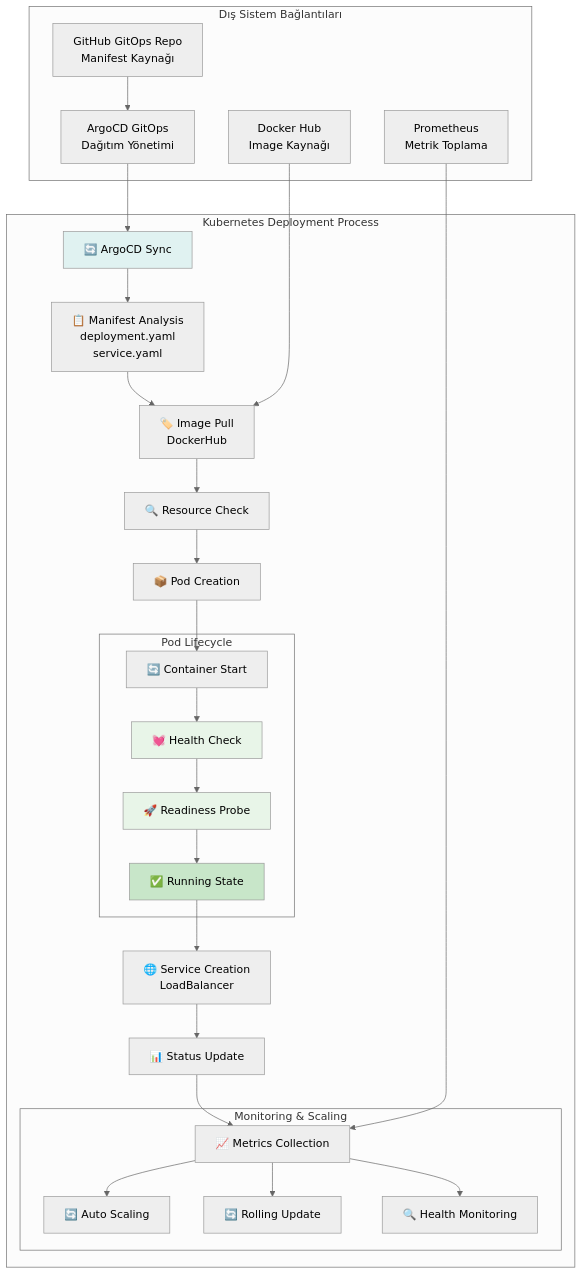
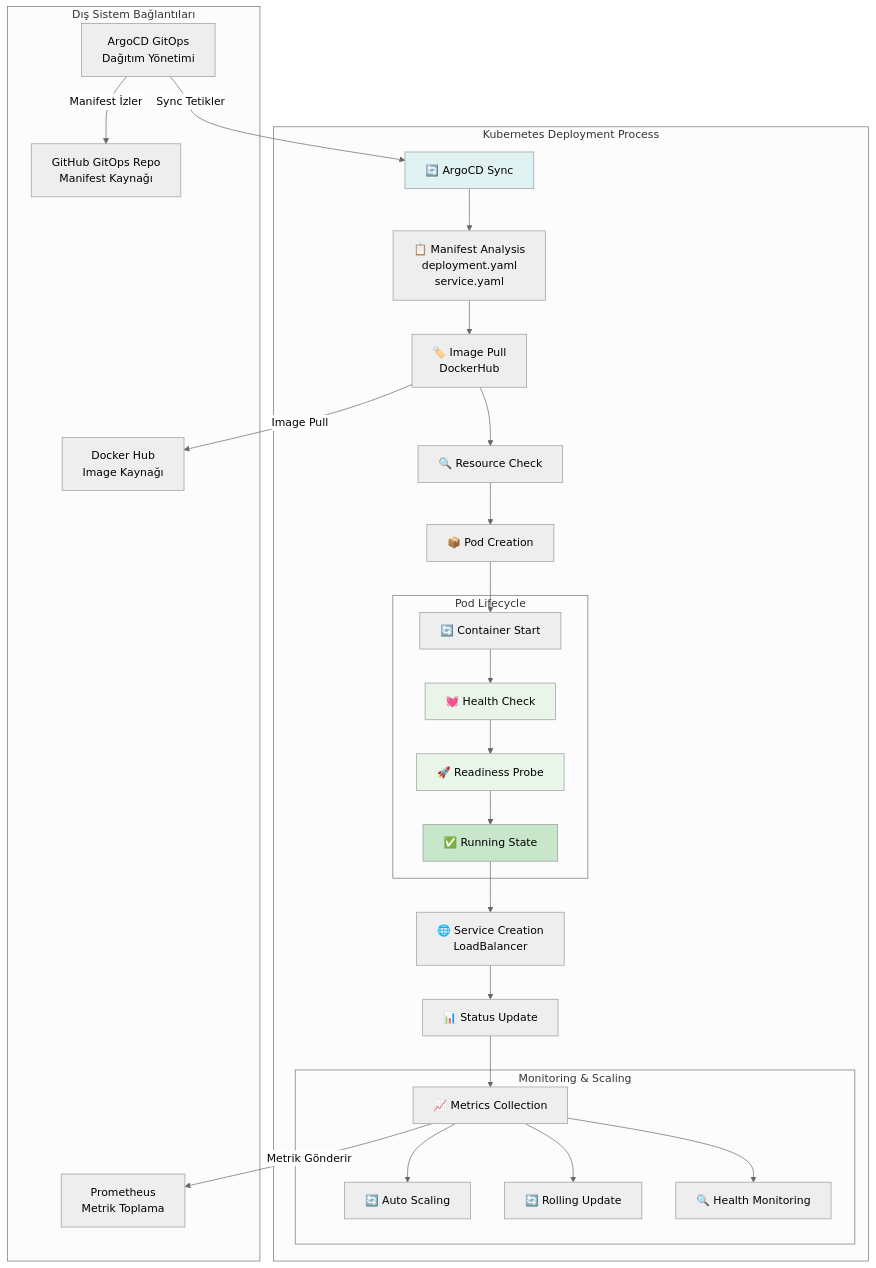
One commit to onurglr/aws-pipeline changed the third of 9 diagrams in detailed-devops-diagrams.md. Above: the diagram before and after it, drawn with Mermaid (neutral theme). The commit also changed other lines of this file, not shown here.

````diff
--- a/detailed-devops-diagrams.md
+++ b/detailed-devops-diagrams.md
@@ -82,48 +82,48 @@
 ```mermaid
 graph TB
     subgraph "Kubernetes Deployment Process"
         A[🔄 ArgoCD Sync] --> B[📋 Manifest Analysis<br/>deployment.yaml<br/>service.yaml]
         B --> C[🏷️ Image Pull<br/>DockerHub]
         C --> D[🔍 Resource Check]
         D --> E[📦 Pod Creation]
         
         subgraph "Pod Lifecycle"
             E1[🔄 Container Start]
             E2[💓 Health Check]
             E3[🚀 Readiness Probe]
             E4[✅ Running State]
         end
         
         E --> E1
         E1 --> E2
         E2 --> E3
         E3 --> E4
         
         E4 --> F[🌐 Service Creation<br/>LoadBalancer]
         F --> G[📊 Status Update]
         
         subgraph "Monitoring & Scaling"
             H[📈 Metrics Collection]
             I[🔄 Auto Scaling]
             J[🔄 Rolling Update]
             K[🔍 Health Monitoring]
         end
         
         G --> H
         H --> I
         H --> J
         H --> K
     end
     
     subgraph "Dış Sistem Bağlantıları"
-        L[ArgoCD GitOps<br/>Dağıtım Yönetimi] --> A
-        M[Docker Hub<br/>Image Kaynağı] --> C
-        N[Prometheus<br/>Metrik Toplama] --> H
-        O[GitHub GitOps Repo<br/>Manifest Kaynağı] --> L
+        L[ArgoCD GitOps<br/>Dağıtım Yönetimi] -->|Sync Tetikler| A
+        C -->|Image Pull| M[Docker Hub<br/>Image Kaynağı]
+        H -->|Metrik Gönderir| N[Prometheus<br/>Metrik Toplama]
+        L -->|Manifest İzler| O[GitHub GitOps Repo<br/>Manifest Kaynağı]
     end
     
     style A fill:#e0f2f1
     style E2 fill:#e8f5e8
     style E3 fill:#e8f5e8
     style E4 fill:#c8e6c9
 ```
````
